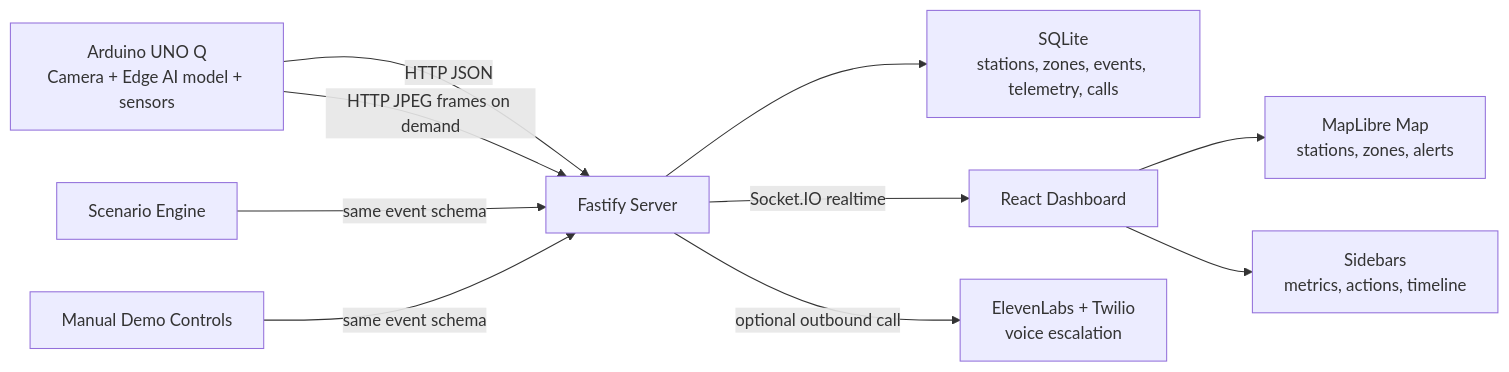
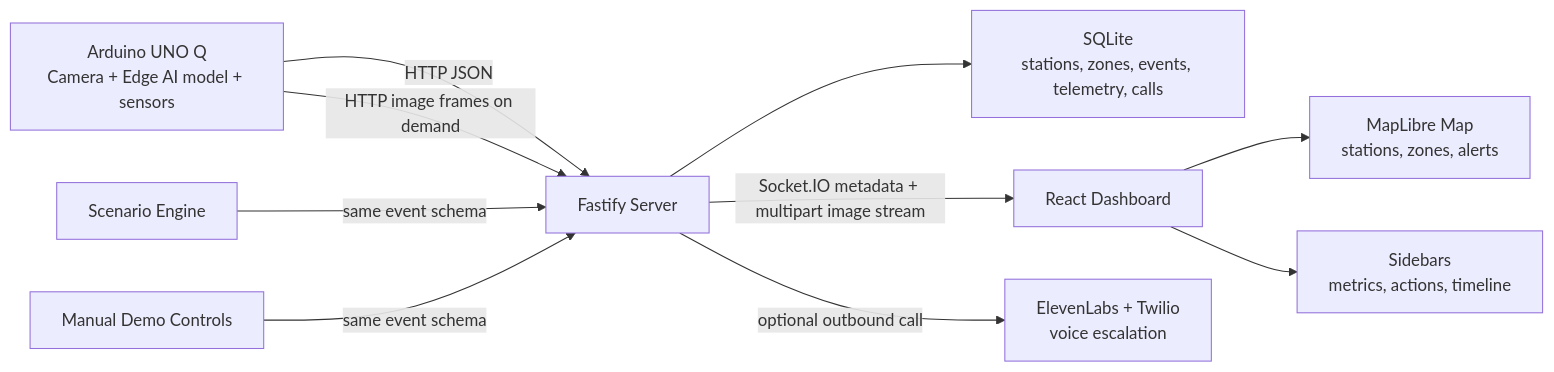
One commit to guimCC/guAIta changed the diagram in docs/architecture.md. Above: the diagram before and after it, drawn with Mermaid. The commit also changed other lines of this file and 7 other files, not shown here.

Commit message:
Add persistent multipart stream upload and PNG handling

````diff
--- a/docs/architecture.md
+++ b/docs/architecture.md
@@ -17,12 +17,12 @@
 ```mermaid
 flowchart LR
   A["Arduino UNO Q\nCamera + Edge AI model + sensors"] -->|HTTP JSON| B["Fastify Server"]
-  A -->|HTTP JPEG frames on demand| B
+  A -->|HTTP image frames on demand| B
   C["Scenario Engine"] -->|same event schema| B
   D["Manual Demo Controls"] -->|same event schema| B
   B --> E["SQLite\nstations, zones, events, telemetry, calls"]
-  B -->|Socket.IO realtime| F["React Dashboard"]
+  B -->|Socket.IO metadata + multipart image stream| F["React Dashboard"]
   B -->|optional outbound call| I["ElevenLabs + Twilio\nvoice escalation"]
   F --> G["MapLibre Map\nstations, zones, alerts"]
   F --> H["Sidebars\nmetrics, actions, timeline"]
 ```
````
